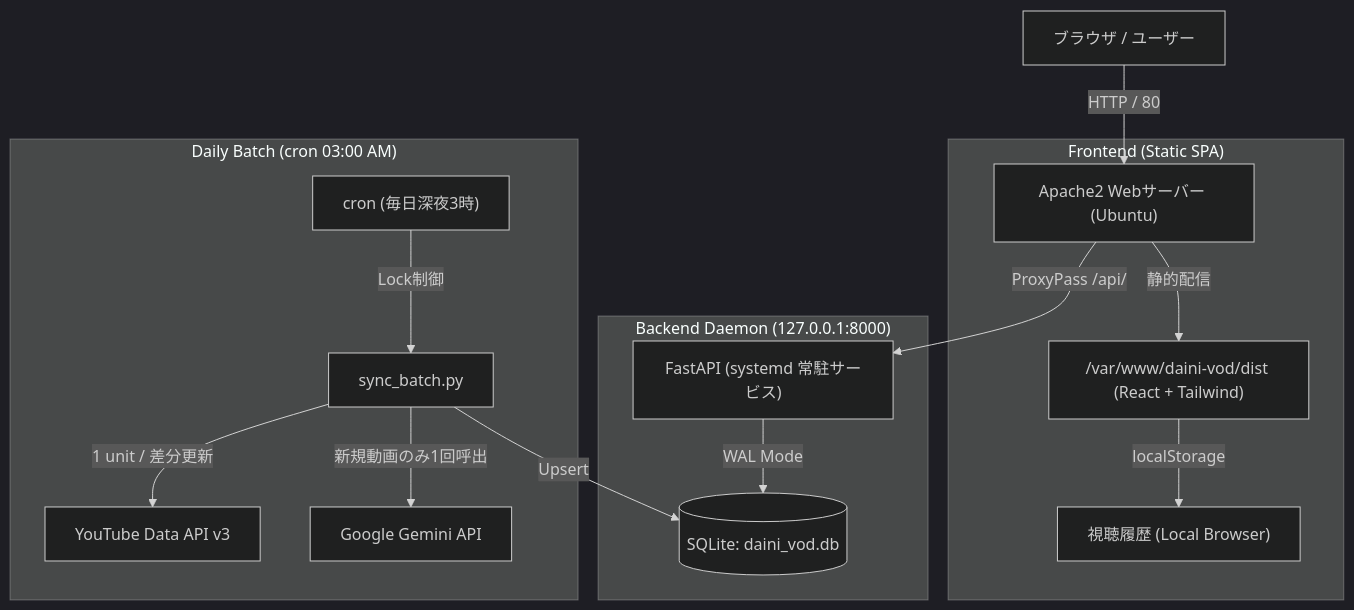
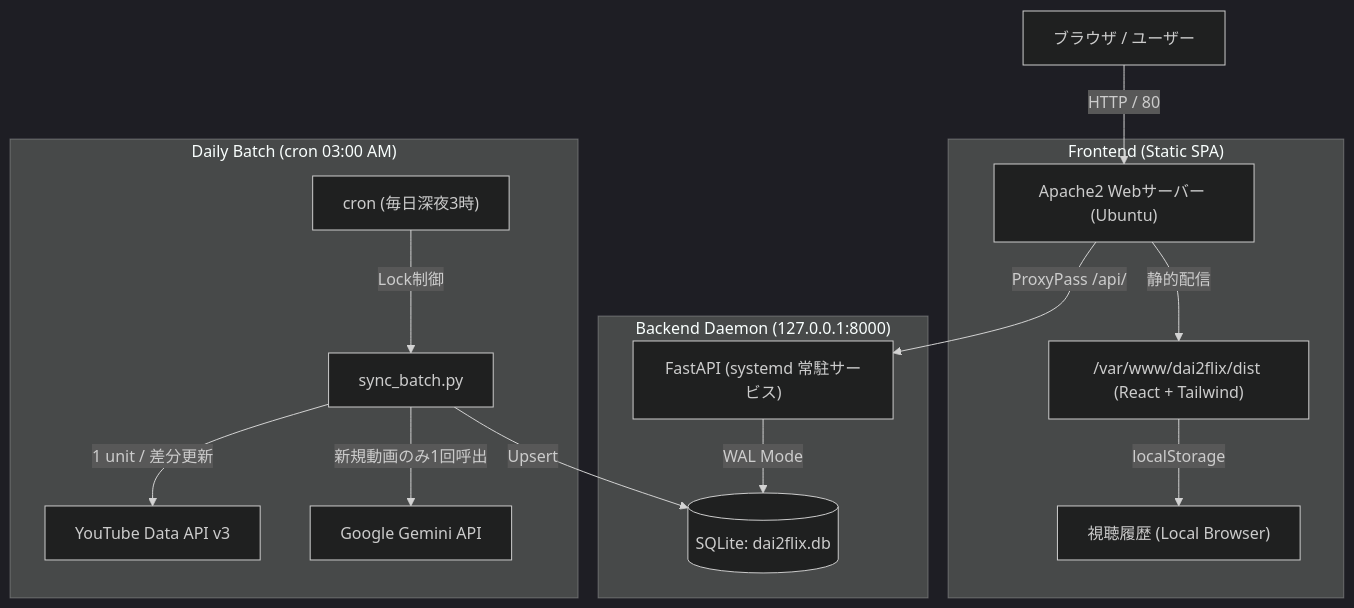
The diagram in README.md (KeiStan26/dai2flix), drawn with Mermaid (dark theme) before and after one commit. The commit also changed other lines of this file and 17 other files, not shown here.

Commit message:
refactor: rename service and repository name to dai2flix

````diff
--- a/README.md
+++ b/README.md
@@ -42,21 +42,21 @@
 ```mermaid
 graph TD
     User["ブラウザ / ユーザー"] -->|HTTP / 80| Apache["Apache2 Webサーバー (Ubuntu)"]
     
     subgraph "Frontend (Static SPA)"
-        Apache -->|静的配信| Dist["/var/www/daini-vod/dist (React + Tailwind)"]
+        Apache -->|静的配信| Dist["/var/www/dai2flix/dist (React + Tailwind)"]
         Dist -->|localStorage| History["視聴履歴 (Local Browser)"]
     end
     
     subgraph "Backend Daemon (127.0.0.1:8000)"
         Apache -->|ProxyPass /api/| FastAPI["FastAPI (systemd 常駐サービス)"]
-        FastAPI -->|WAL Mode| DB[(SQLite: daini_vod.db)]
+        FastAPI -->|WAL Mode| DB[(SQLite: dai2flix.db)]
     end
 
     subgraph "Daily Batch (cron 03:00 AM)"
         Cron["cron (毎日深夜3時)"] -->|Lock制御| Batch["sync_batch.py"]
         Batch -->|1 unit / 差分更新| YouTubeAPI["YouTube Data API v3"]
         Batch -->|新規動画のみ1回呼出| GeminiAPI["Google Gemini API"]
         Batch -->|Upsert| DB
     end
 ```
````
